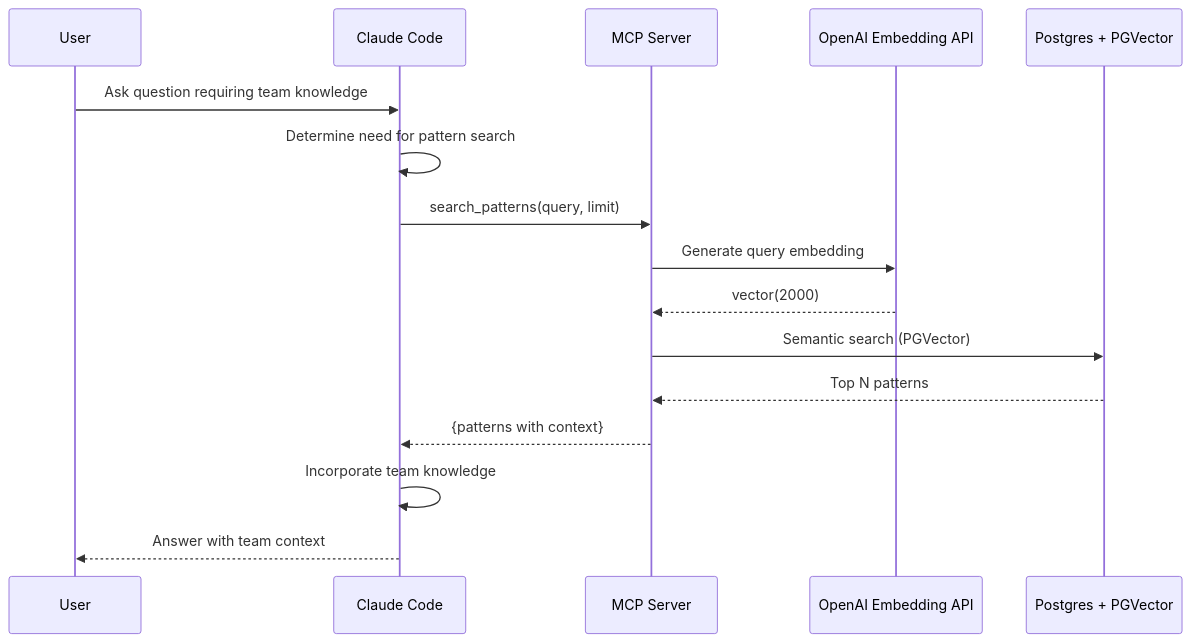
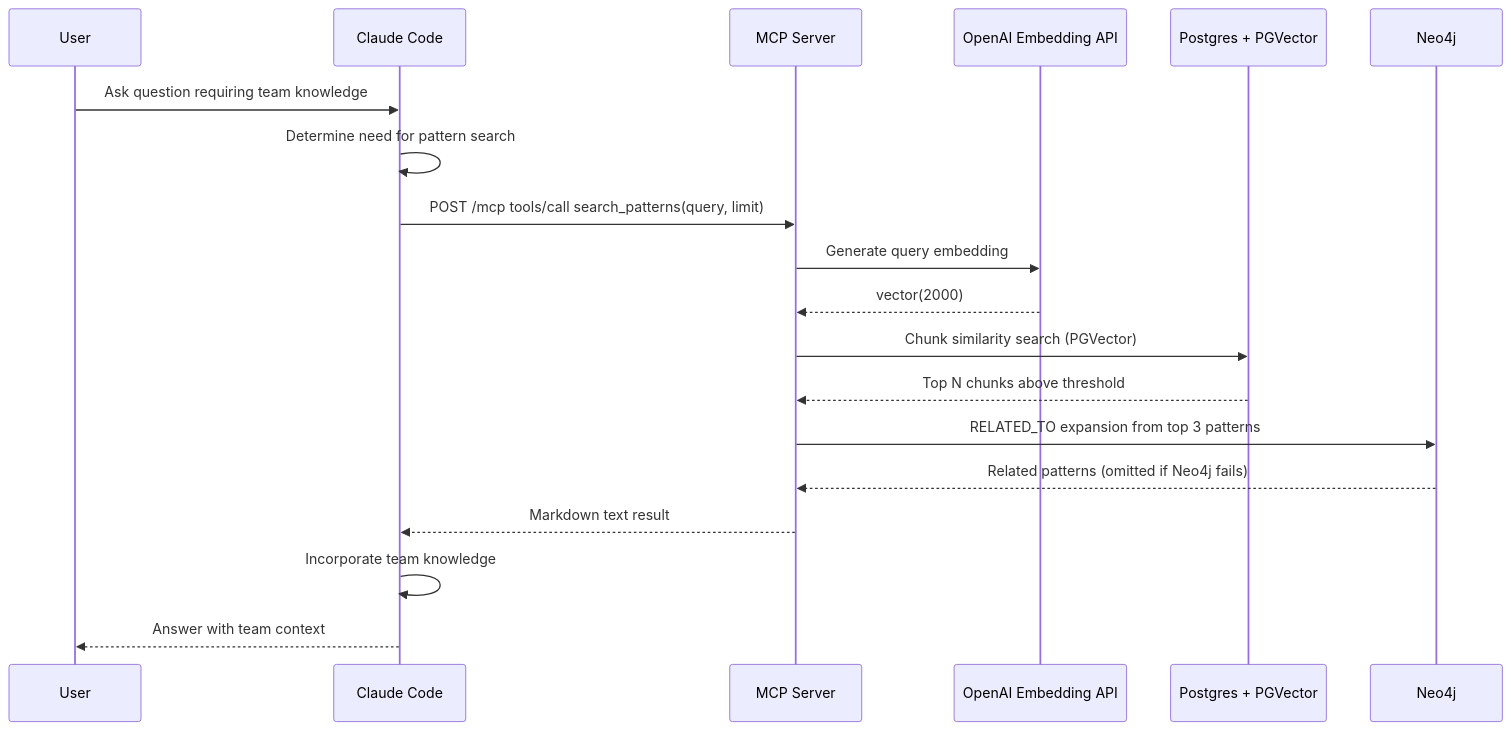
One commit to twistingmercury/mnemonic-docs changed the second of 6 diagrams in docs/architecture/system/03-communication-patterns.md. Above: the diagram before and after it, drawn with Mermaid. The commit also changed other lines of this file and 41 other files, not shown here.

````diff
--- a/docs/architecture/system/03-communication-patterns.md
+++ b/docs/architecture/system/03-communication-patterns.md
@@ -60,23 +60,26 @@
 ```mermaid
 sequenceDiagram
     participant User
     participant CC as Claude Code
     participant MCP as MCP Server
     participant OPENAI as OpenAI Embedding API
     participant PG as Postgres + PGVector
+    participant NEO as Neo4j
 
     User->>CC: Ask question requiring team knowledge
     CC->>CC: Determine need for pattern search
 
-    CC->>MCP: search_patterns(query, limit)
+    CC->>MCP: POST /mcp tools/call search_patterns(query, limit)
 
     MCP->>OPENAI: Generate query embedding
     OPENAI-->>MCP: vector(2000)
-    MCP->>PG: Semantic search (PGVector)
-    PG-->>MCP: Top N patterns
+    MCP->>PG: Chunk similarity search (PGVector)
+    PG-->>MCP: Top N chunks above threshold
+    MCP->>NEO: RELATED_TO expansion from top 3 patterns
+    NEO-->>MCP: Related patterns (omitted if Neo4j fails)
 
-    MCP-->>CC: {patterns with context}
+    MCP-->>CC: Markdown text result
 
     CC->>CC: Incorporate team knowledge
     CC-->>User: Answer with team context
 ```
````
